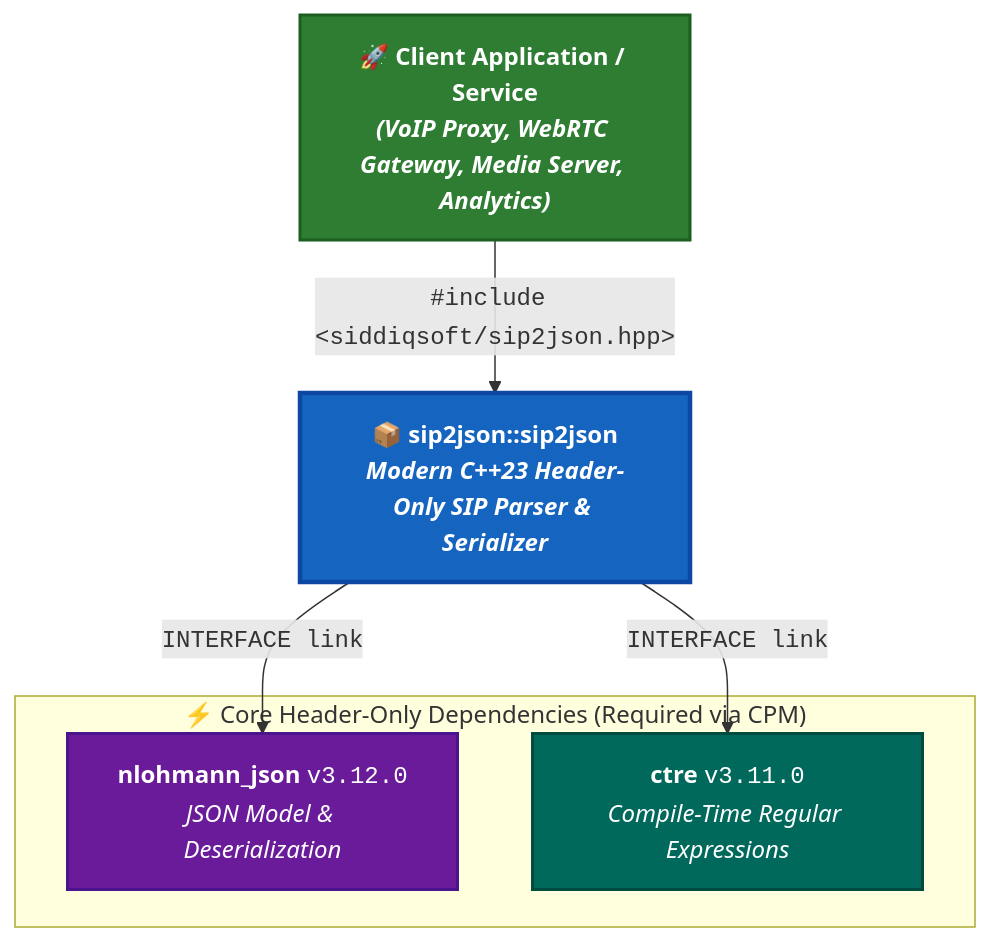
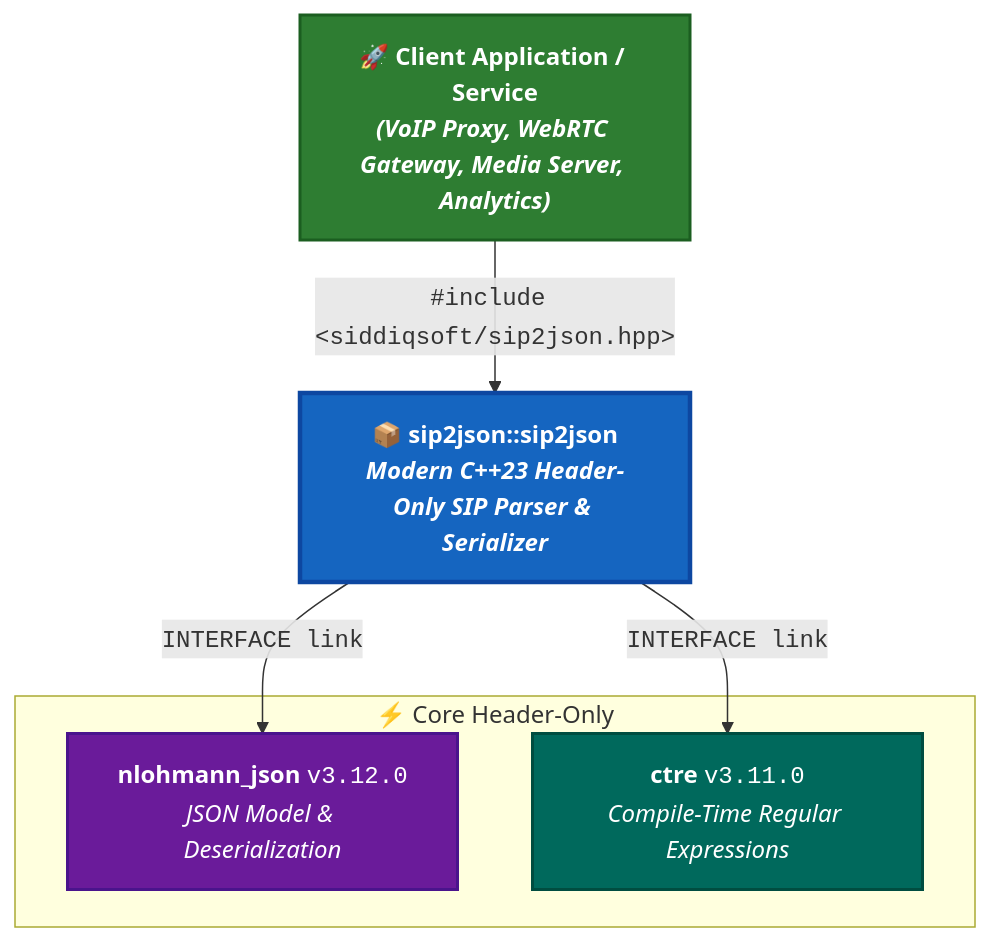
One commit to SiddiqSoft/sip2json changed the diagram in docs/integration/dependencies.md. Above: the diagram before and after it, drawn with Mermaid. The commit also changed other lines of this file and 2 other files, not shown here.

````diff
--- a/docs/integration/dependencies.md
+++ b/docs/integration/dependencies.md
@@ -7,22 +7,22 @@
 ```mermaid
 graph TD
     App["🚀 <b>Client Application / Service</b><br/><i>(VoIP Proxy, WebRTC Gateway, Media Server, Analytics)</i>"]:::appClass
 
     sip2json["📦 <b>sip2json::sip2json</b><br/><i>Modern C++23 Header-Only SIP Parser & Serializer</i>"]:::projectClass
 
-    subgraph CoreGroup ["⚡ Core Header-Only Dependencies (Required via CPM)"]
+    subgraph CoreGroup ["⚡ Core Header-Only"]
         NLOHMANNJSON["<b>nlohmann_json</b> <code>v3.12.0</code><br/><i>JSON Model & Deserialization</i>"]:::coreClass1
         CTRE["<b>ctre</b> <code>v3.11.0</code><br/><i>Compile-Time Regular Expressions</i>"]:::coreClass2
     end
 
     App -->|"<code>#include &lt;siddiqsoft/sip2json.hpp&gt;</code>"| sip2json
     sip2json -->|"<code>INTERFACE link</code>"| NLOHMANNJSON
     sip2json -->|"<code>INTERFACE link</code>"| CTRE
 
     classDef appClass fill:#2E7D32,stroke:#1B5E20,stroke-width:2px,color:#FFFFFF,font-weight:bold;
     classDef projectClass fill:#1565C0,stroke:#0D47A1,stroke-width:3px,color:#FFFFFF,font-weight:bold;
     classDef coreClass1 fill:#6A1B9A,stroke:#4A148C,stroke-width:2px,color:#FFFFFF;
     classDef coreClass2 fill:#00695C,stroke:#004D40,stroke-width:2px,color:#FFFFFF;
     classDef platformClass fill:#0277BD,stroke:#01579B,stroke-width:2px,color:#FFFFFF;
     classDef testClass fill:#E65100,stroke:#BF360C,stroke-width:2px,color:#FFFFFF;
 ```
````
